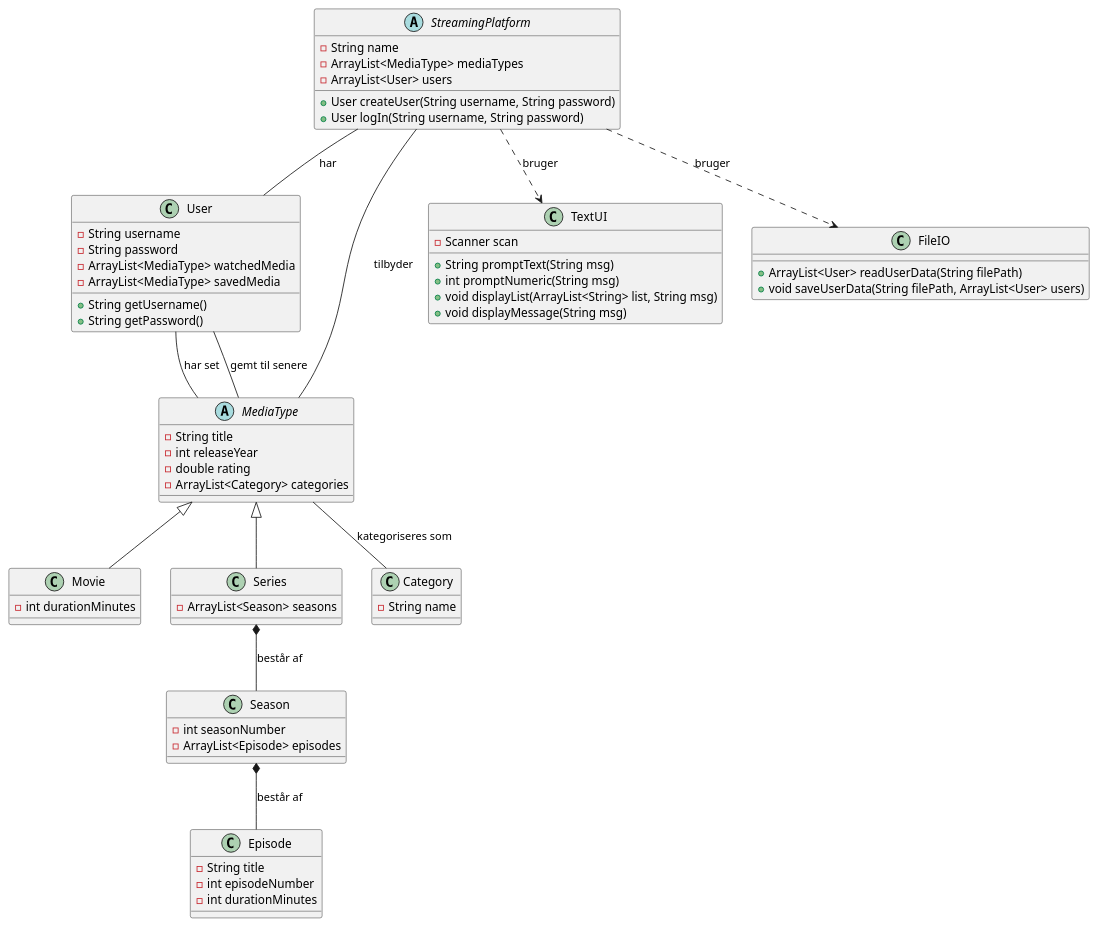
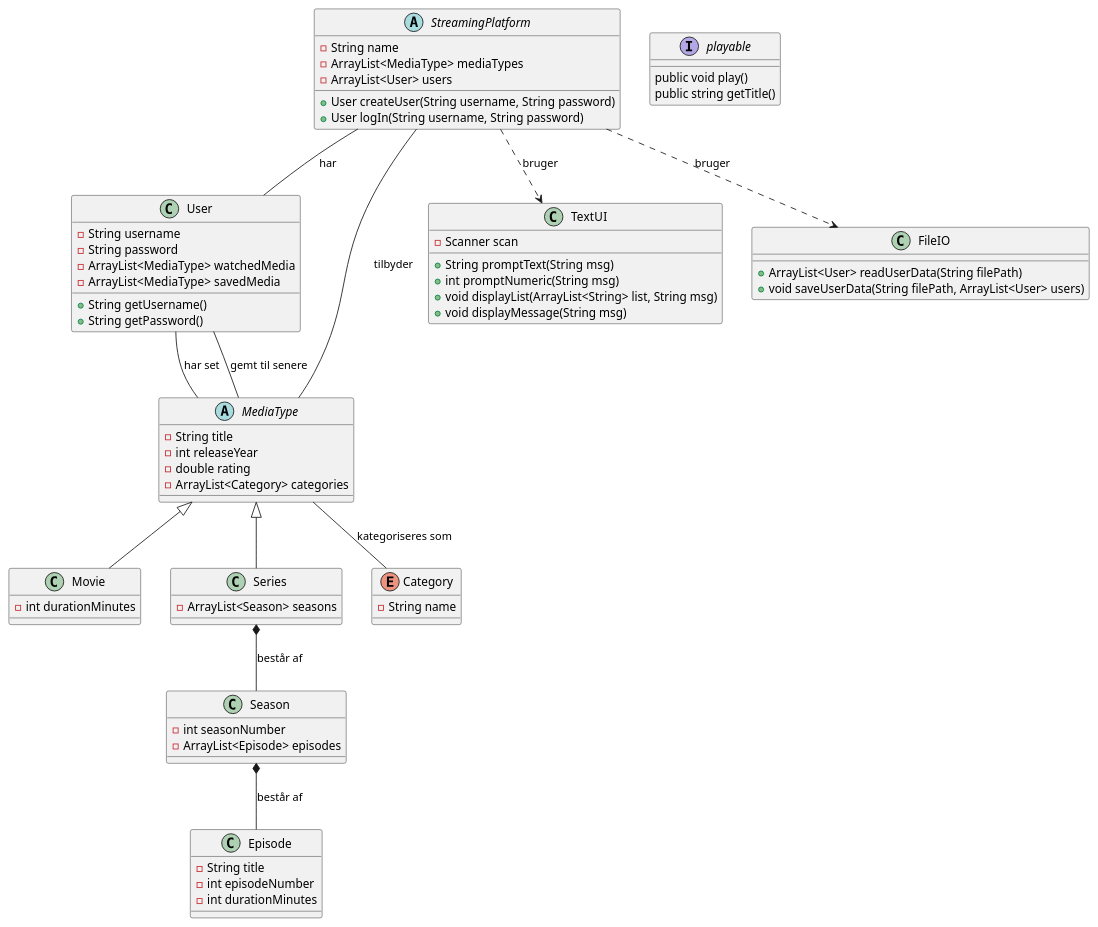
Before and after one commit to offwong/SP3: the diagram in doc/static/klasseDiagram.puml, drawn with PlantUML. The commit also changed 9 other files, not shown here.

```diff
--- a/doc/static/klasseDiagram.puml
+++ b/doc/static/klasseDiagram.puml
@@ -1,83 +1,92 @@
 @startuml classDiagram
 
 abstract class StreamingPlatform {
   - String name
   - ArrayList<MediaType> mediaTypes
   - ArrayList<User> users
 
   + User createUser(String username, String password)
   + User logIn(String username, String password)
 }
 
 class User {
   - String username
   - String password
   - ArrayList<MediaType> watchedMedia
   - ArrayList<MediaType> savedMedia
 
   + String getUsername()
   + String getPassword()
 }
 
 abstract class MediaType {
   - String title
   - int releaseYear
   - double rating
   - ArrayList<Category> categories
 }
 
 class Movie {
   - int durationMinutes
 }
 
 class Series {
   - ArrayList<Season> seasons
 }
 
 class Season {
   - int seasonNumber
   - ArrayList<Episode> episodes
 }
 
 class Episode {
   - String title
   - int episodeNumber
   - int durationMinutes
 }
 
-class Category {
+enum Category {
   - String name
 }
 
 class TextUI {
   - Scanner scan
 
   + String promptText(String msg)
   + int promptNumeric(String msg)
   + void displayList(ArrayList<String> list, String msg)
   + void displayMessage(String msg)
 }
 
 class FileIO {
   + ArrayList<User> readUserData(String filePath)
   + void saveUserData(String filePath, ArrayList<User> users)
+}
+
+interface playable {
+
+public void play()
+public string getTitle()
+
+
+
 }
 
 StreamingPlatform -- User : har
 StreamingPlatform -- MediaType : tilbyder
 
 MediaType <|-- Movie
 MediaType <|-- Series
 
 MediaType -- Category : kategoriseres som
 
 User -- MediaType : har set
 User -- MediaType : gemt til senere
 
 Series *-- Season : består af
 Season *-- Episode : består af
 
 StreamingPlatform ..> TextUI : bruger
 StreamingPlatform ..> FileIO : bruger
 
 @enduml
```
